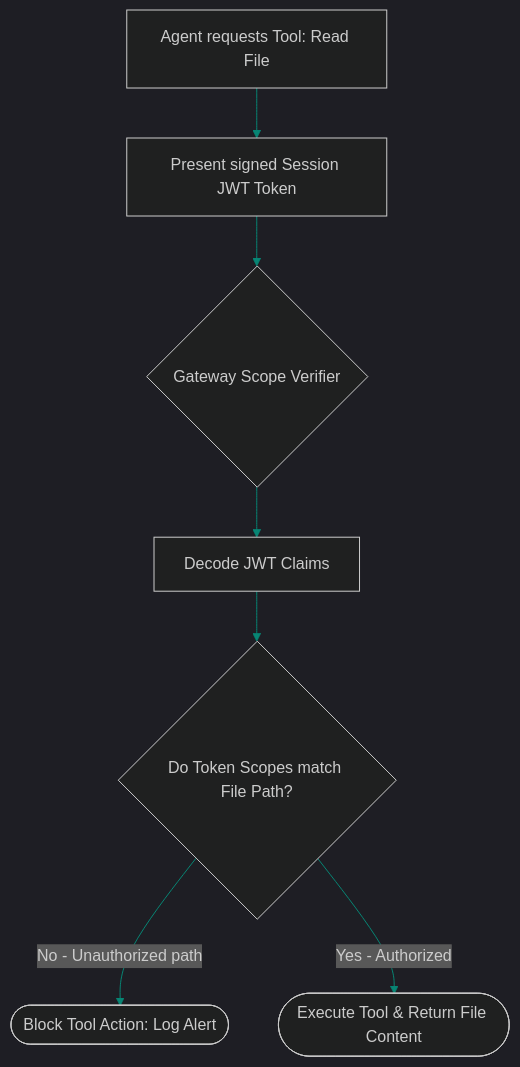
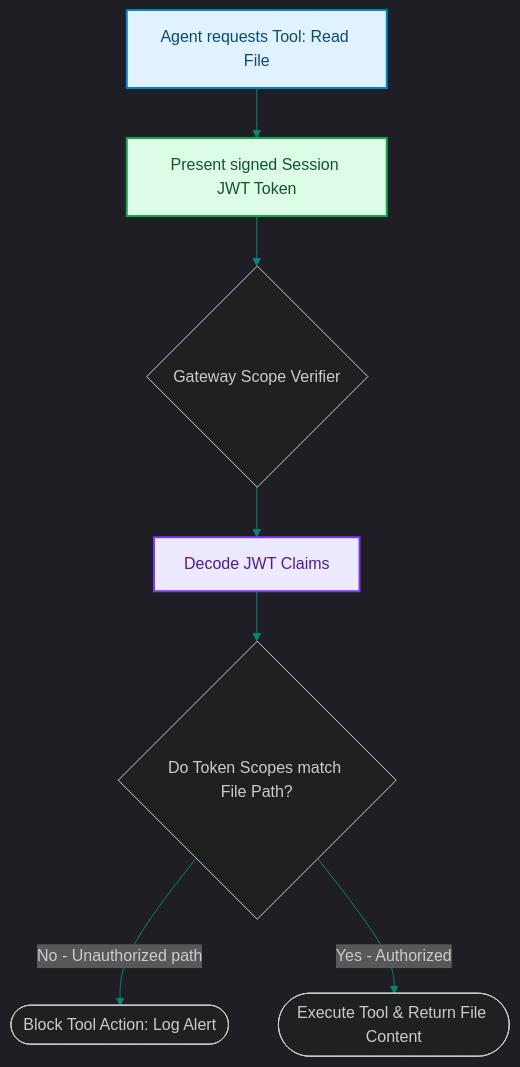
Before and after one commit to akmalkhaniub/akmalkhaniub.github.io: the diagram in blog/posts/security-dynamic-rbac-tool-grants-tokens.md, drawn with Mermaid. The commit also changed other lines of this file and 1291 other files, not shown here.

First line of the commit message:
feat(catalog): unique covers, scholarly references, and diagram palettes

````diff
--- a/blog/posts/security-dynamic-rbac-tool-grants-tokens.md
+++ b/blog/posts/security-dynamic-rbac-tool-grants-tokens.md
@@ -16,12 +16,21 @@
 ```mermaid
 %%{init: {'theme': 'dark', 'themeVariables': { 'primaryColor': '#088574', 'primaryTextColor': '#f3f4f6', 'primaryBorderColor': '#0db49b', 'lineColor': '#088574', 'secondaryColor': '#111827', 'tertiaryColor': '#0b0f19'}}}%%
 flowchart TD
-    Request[Agent requests Tool: Read File] --> Auth[Present signed Session JWT Token]
+    Request["Agent requests Tool: Read File"] --> Auth["Present signed Session JWT Token"]
     Auth --> Gateway{Gateway Scope Verifier}
     
-    Gateway --> Decode[Decode JWT Claims]
+    Gateway --> Decode["Decode JWT Claims"]
     Decode --> Match{Do Token Scopes match File Path?}
     
     Match -->|No - Unauthorized path| Reject([Block Tool Action: Log Alert])
     Match -->|Yes - Authorized| Execute([Execute Tool & Return File Content])
+
+classDef green fill:#dcfce7,stroke:#16a34a,stroke-width:2px,color:#14532d;
+classDef red fill:#fee2e2,stroke:#dc2626,stroke-width:2px,color:#7f1d1d;
+classDef blue fill:#e0f2fe,stroke:#0284c7,stroke-width:2px,color:#0c4a6e;
+classDef yellow fill:#fef3c7,stroke:#d97706,stroke-width:2px,color:#78350f;
+classDef purple fill:#ede9fe,stroke:#7c3aed,stroke-width:2px,color:#4c1d95;
+class Request blue
+class Auth green
+class Decode purple
 ```
````
